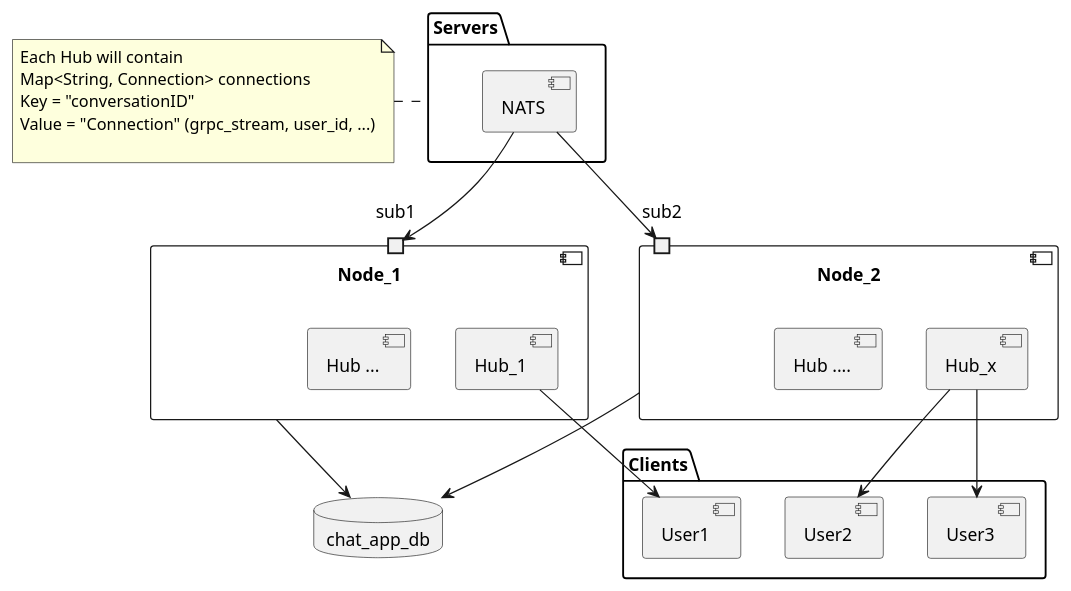
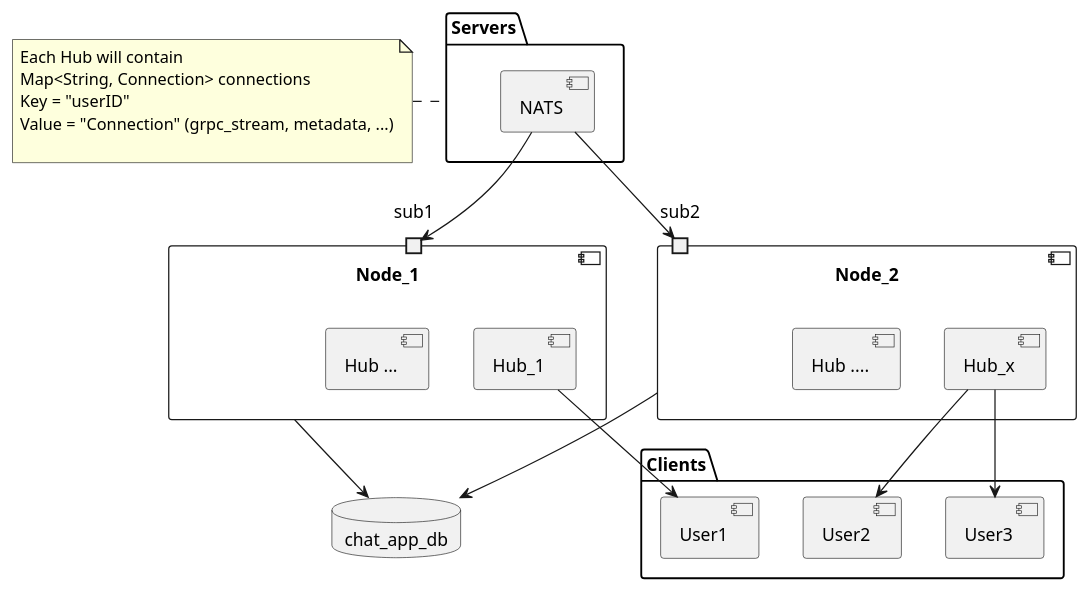
The diagram in chat_app/docs/chat_app.puml (Nhinlee/backend-training), drawn with PlantUML before and after one commit. The commit also changed 3 other files, not shown here.

```diff
--- a/chat_app/docs/chat_app.puml
+++ b/chat_app/docs/chat_app.puml
@@ -1,61 +1,61 @@
 @startuml chat_app
 
 database chat_app_db {
 
 }
 
 Node_1 --> chat_app_db
 Node_2 --> chat_app_db
 
 
 package Servers {
     component Node_1 {
     component Hub_1 {
     }
     [Hub ...]
 
     portin sub1
     }
 
     component Node_2 {
     component Hub_x {
     }
     [Hub ....]
 
     portin sub2
     }
 
     component NATS {
 
     }
 }
 
 NATS --> sub1
 NATS --> sub2
 
 note left of Servers 
     Each Hub will contain
     Map<String, Connection> connections
-    Key = "conversationID"
-    Value = "Connection" (grpc_stream, user_id, ...)
+    Key = "userID"
+    Value = "Connection" (grpc_stream, metadata, ...)
 
 end note
 
 
 package Clients {
     component User1 {
     }
 
     component User2 {
     }
 
     component User3 {
     }
 }
 
 Hub_1 --> User1
 Hub_x --> User2
 Hub_x --> User3
 
 
 @enduml
```
